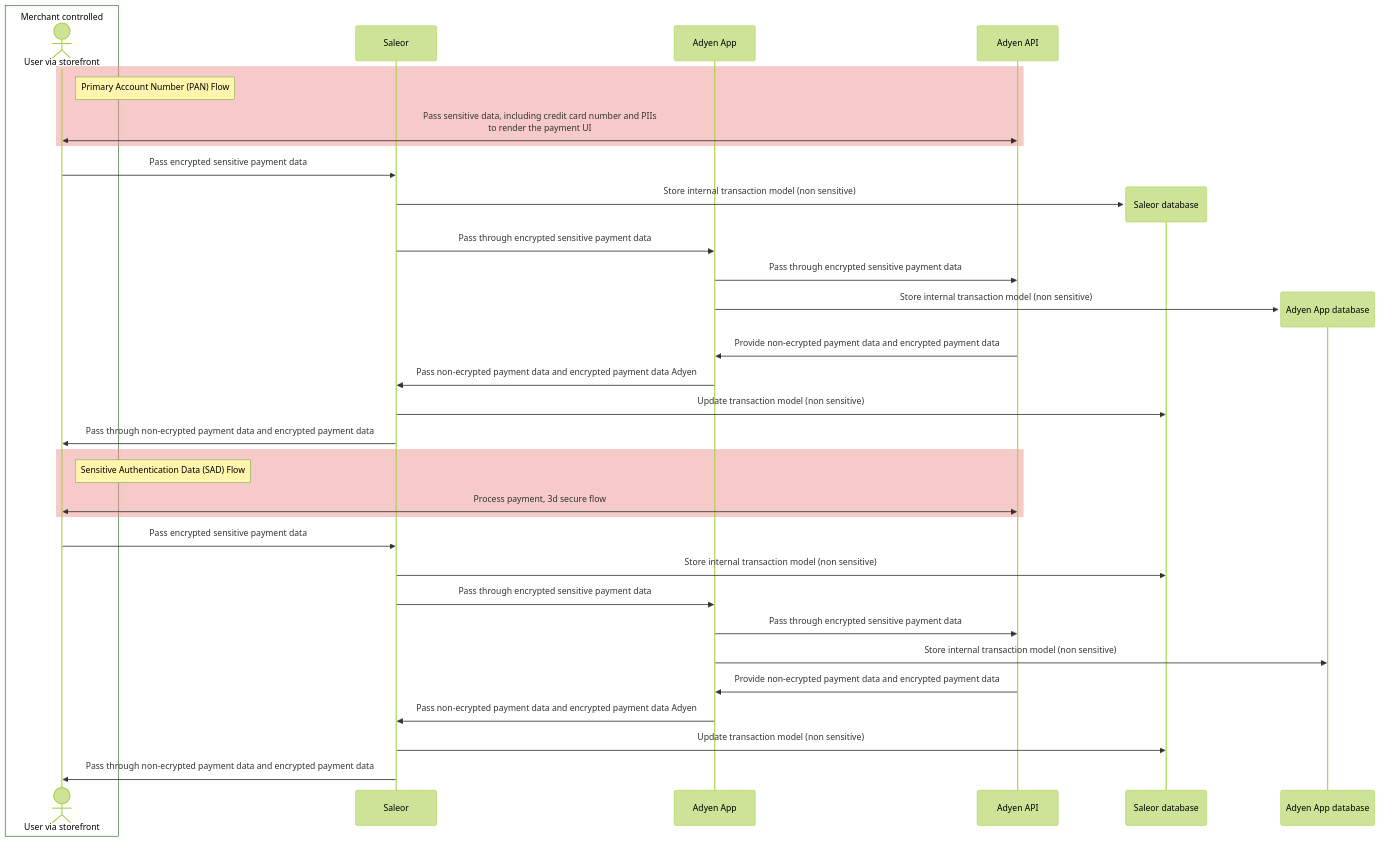
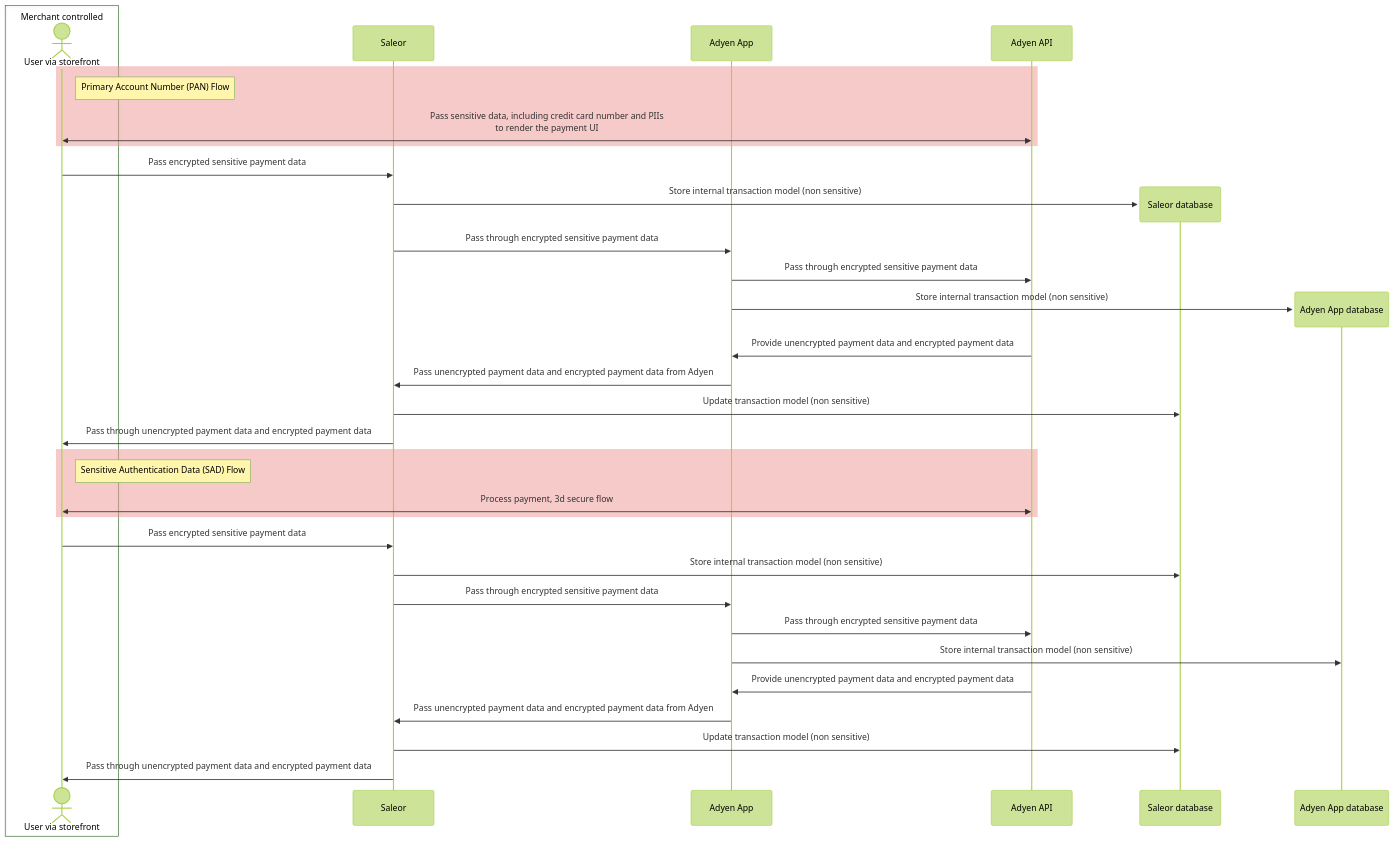
The diagram in docs/developer/app-store/apps/adyen/pci-dss.mdx (saleor/saleor-docs), drawn with Mermaid (forest theme) before and after one commit.

Commit message:
fixes after CR

````diff
--- a/docs/developer/app-store/apps/adyen/pci-dss.mdx
+++ b/docs/developer/app-store/apps/adyen/pci-dss.mdx
@@ -9,43 +9,43 @@
 ```mermaid
 sequenceDiagram
     box Merchant controlled
     actor User via storefront
     end
     participant Saleor
     participant Adyen App
     participant Adyen API
 
     rect rgba(240,150,150,0.5)
         note right of User via storefront: Primary Account Number (PAN) Flow
         User via storefront <<->> Adyen API: Pass sensitive data, including credit card number and PIIs<br/>to render the payment UI
     end
 
     User via storefront ->> Saleor: Pass encrypted sensitive payment data
     create participant Saleor database
     Saleor ->> Saleor database: Store internal transaction model (non sensitive)
     Saleor ->> Adyen App: Pass through encrypted sensitive payment data
     Adyen App ->> Adyen API: Pass through encrypted sensitive payment data
     create participant Adyen App database
     Adyen App ->> Adyen App database: Store internal transaction model (non sensitive)
 
-    Adyen API ->> Adyen App: Provide non-ecrypted payment data and encrypted payment data
-    Adyen App ->> Saleor: Pass non-ecrypted payment data and encrypted payment data  Adyen
+    Adyen API ->> Adyen App: Provide unencrypted payment data and encrypted payment data
+    Adyen App ->> Saleor: Pass unencrypted payment data and encrypted payment data from Adyen
     Saleor ->> Saleor database: Update transaction model (non sensitive)
-    Saleor ->> User via storefront: Pass through non-ecrypted payment data and encrypted payment data 
+    Saleor ->> User via storefront: Pass through unencrypted payment data and encrypted payment data 
 
     rect rgba(240,150,150,0.5)
         note right of User via storefront: Sensitive Authentication Data (SAD) Flow
         User via storefront <<->> Adyen API: Process payment, 3d secure flow
     end
 
     User via storefront ->> Saleor: Pass encrypted sensitive payment data
     Saleor ->> Saleor database: Store internal transaction model (non sensitive)
     Saleor ->> Adyen App: Pass through encrypted sensitive payment data
     Adyen App ->> Adyen API: Pass through encrypted sensitive payment data
     Adyen App ->> Adyen App database: Store internal transaction model (non sensitive)
 
-    Adyen API ->> Adyen App: Provide non-ecrypted payment data and encrypted payment data
-    Adyen App ->> Saleor: Pass non-ecrypted payment data and encrypted payment data  Adyen
+    Adyen API ->> Adyen App: Provide unencrypted payment data and encrypted payment data
+    Adyen App ->> Saleor: Pass unencrypted payment data and encrypted payment data from Adyen
     Saleor ->> Saleor database: Update transaction model (non sensitive)
-    Saleor ->> User via storefront: Pass through non-ecrypted payment data and encrypted payment data 
+    Saleor ->> User via storefront: Pass through unencrypted payment data and encrypted payment data 
 ```
````
